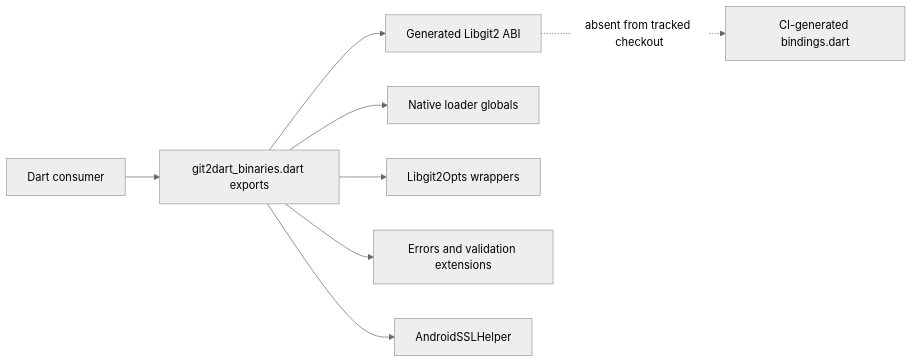
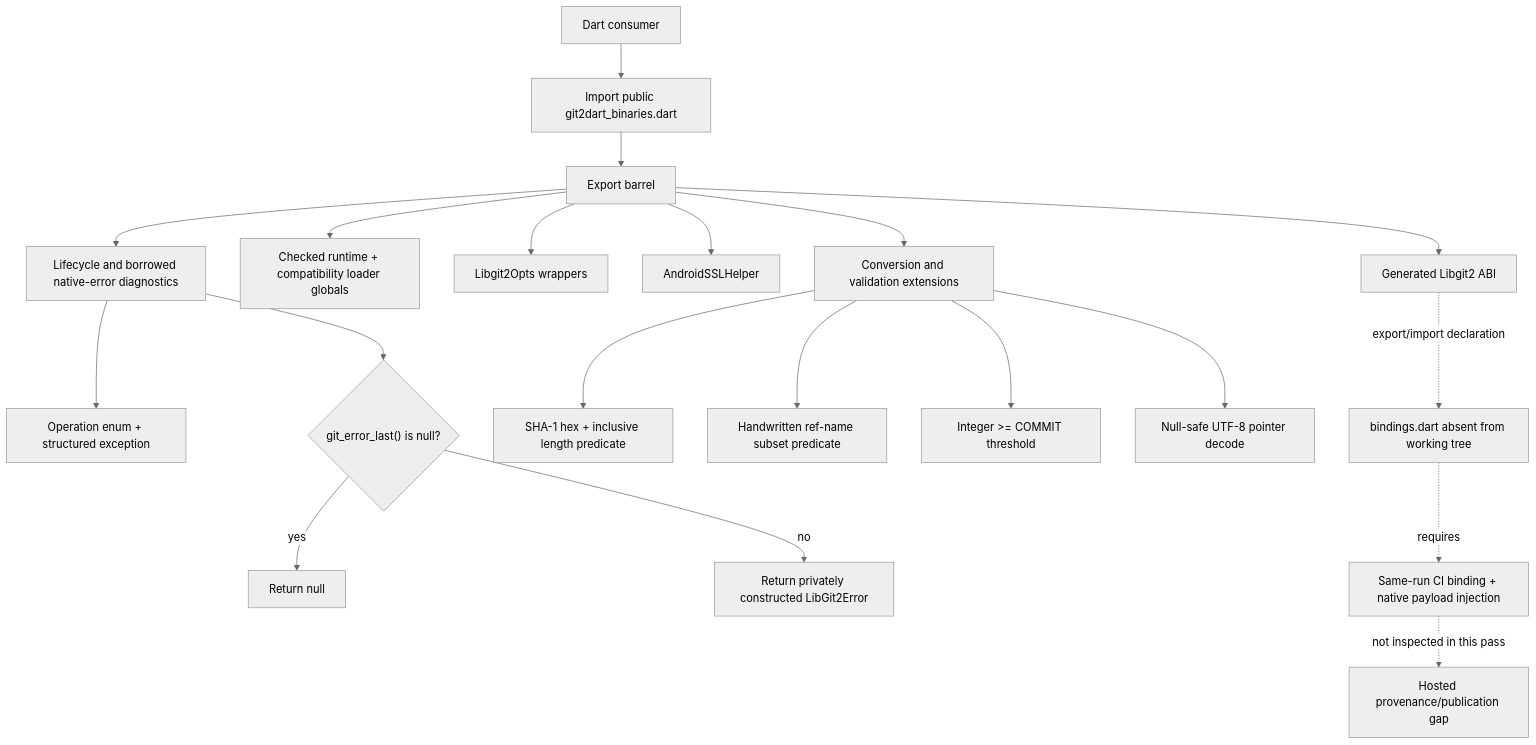
One commit to DartGit-dev/git2dart_binaries changed the diagram in .reversa/_reversa_sdd/flowcharts/dart-ffi-facade.md. Above: the diagram before and after it, drawn with Mermaid (neutral theme). The commit also changed other lines of this file and 250 other files, not shown here.

````diff
--- a/.reversa/_reversa_sdd/flowcharts/dart-ffi-facade.md
+++ b/.reversa/_reversa_sdd/flowcharts/dart-ffi-facade.md
@@ -3,10 +3,25 @@
 ```mermaid
-flowchart LR
-  Consumer["Dart consumer"] --> Barrel["git2dart_binaries.dart exports"]
+flowchart TD
+  Consumer["Dart consumer"] --> Import["Import public git2dart_binaries.dart"]
+  Import --> Barrel["Export barrel"]
   Barrel --> Generated["Generated Libgit2 ABI"]
-  Barrel --> Loader["Native loader globals"]
+  Barrel --> Runtime["Checked runtime + compatibility loader globals"]
   Barrel --> Options["Libgit2Opts wrappers"]
-  Barrel --> Helpers["Errors and validation extensions"]
   Barrel --> AndroidTLS["AndroidSSLHelper"]
-  Generated -. "absent from tracked checkout" .-> Gap["CI-generated bindings.dart"]
+  Barrel --> Errors["Lifecycle and borrowed native-error diagnostics"]
+  Barrel --> Helpers["Conversion and validation extensions"]
+
+  Errors --> Lifecycle["Operation enum + structured exception"]
+  Errors --> LastError{"git_error_last() is null?"}
+  LastError -- yes --> NoError["Return null"]
+  LastError -- no --> Borrowed["Return privately constructed LibGit2Error"]
+
+  Helpers --> SHA["SHA-1 hex + inclusive length predicate"]
+  Helpers --> Ref["Handwritten ref-name subset predicate"]
+  Helpers --> ObjectType["Integer >= COMMIT threshold"]
+  Helpers --> UTF8["Null-safe UTF-8 pointer decode"]
+
+  Generated -. "export/import declaration" .-> Missing["bindings.dart absent from working tree"]
+  Missing -. "requires" .-> CI["Same-run CI binding + native payload injection"]
+  CI -. "not inspected in this pass" .-> HostedGap["Hosted provenance/publication gap"]
 ```
````
